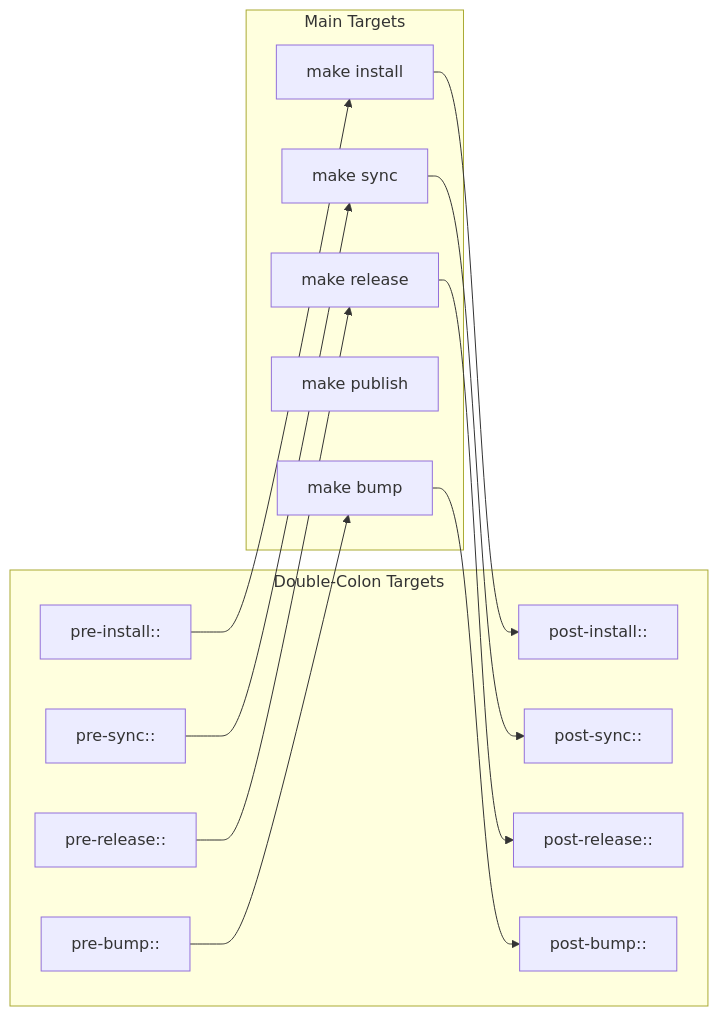
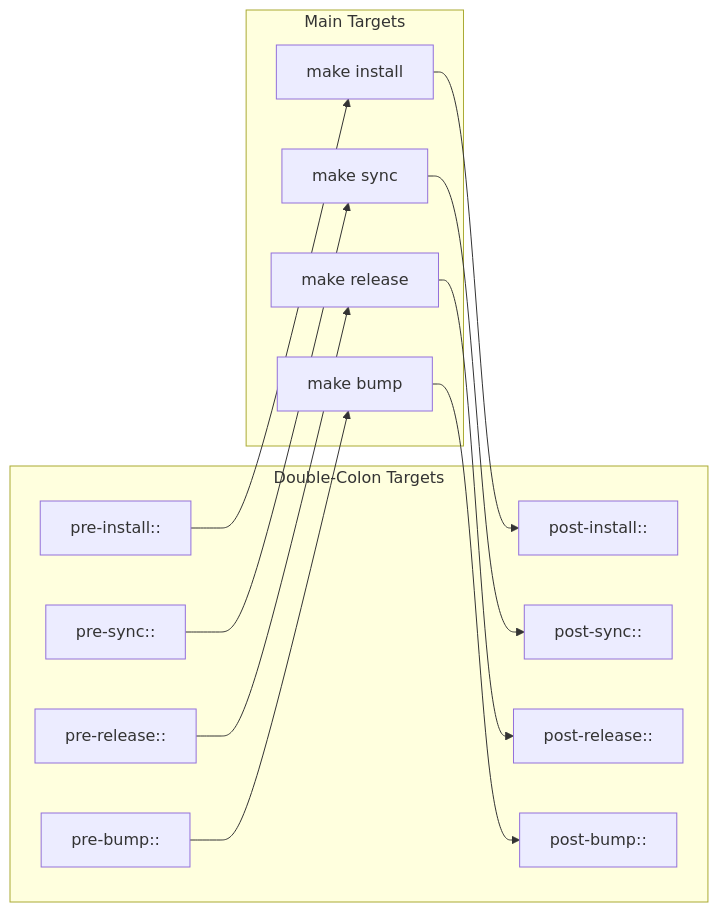
The third of 9 diagrams in docs/reference/ARCHITECTURE.md (Jebel-Quant/rhiza), drawn with Mermaid before and after one commit. The commit also changed 14 other files, not shown here.

````diff
--- a/docs/reference/ARCHITECTURE.md
+++ b/docs/reference/ARCHITECTURE.md
@@ -77,26 +77,25 @@
 ```mermaid
 flowchart LR
     subgraph Hooks["Double-Colon Targets"]
         pre_install[pre-install::]
         post_install[post-install::]
         pre_sync[pre-sync::]
         post_sync[post-sync::]
         pre_release[pre-release::]
         post_release[post-release::]
         pre_bump[pre-bump::]
         post_bump[post-bump::]
     end
 
     subgraph Targets["Main Targets"]
         install[make install]
         sync[make sync]
         release[make release]
-        publish[make publish]
         bump[make bump]
     end
 
     pre_install --> install --> post_install
     pre_sync --> sync --> post_sync
     pre_release --> release --> post_release
     pre_bump --> bump --> post_bump
 ```
````
